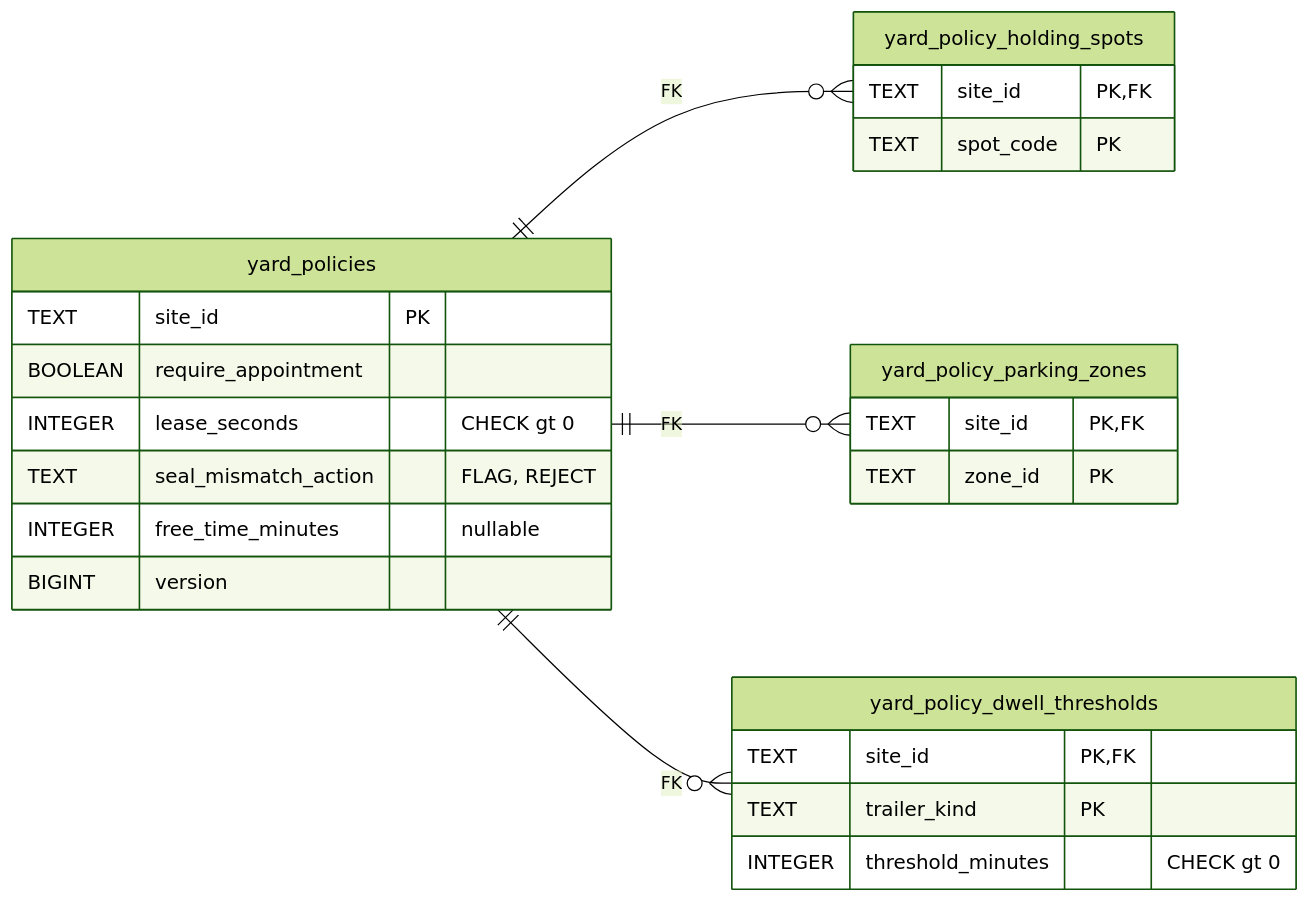
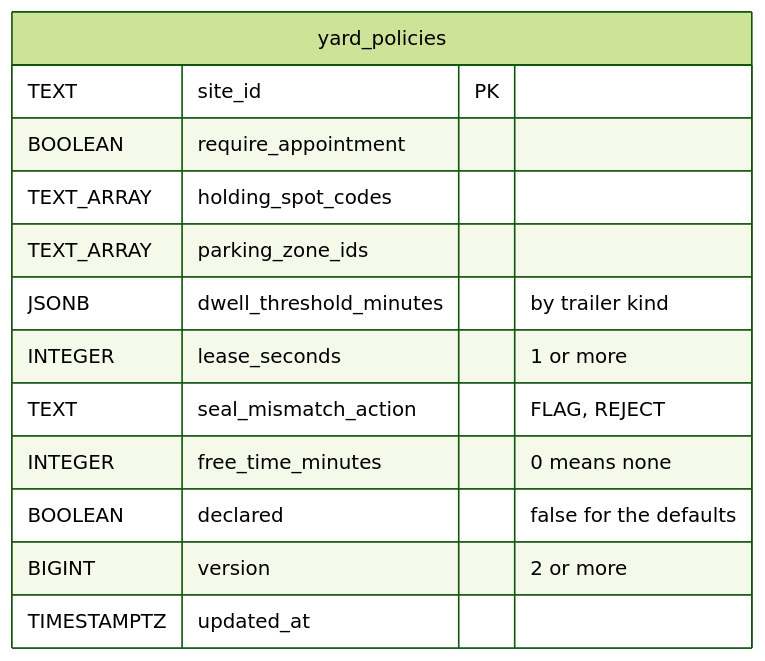
One commit to IQVO/warehouse-docs changed the fifth of 8 diagrams in yard/docs/contexts/yard-management/entity-relationship.md. Above: the diagram before and after it, drawn with Mermaid (forest theme). The commit also changed other lines of this file and 51 other files, not shown here.

````diff
--- a/yard/docs/contexts/yard-management/entity-relationship.md
+++ b/yard/docs/contexts/yard-management/entity-relationship.md
@@ -141,28 +136,17 @@
 ```mermaid
 erDiagram
     direction LR
-    yard_policies ||--o{ yard_policy_holding_spots : "FK"
-    yard_policies ||--o{ yard_policy_parking_zones : "FK"
-    yard_policies ||--o{ yard_policy_dwell_thresholds : "FK"
     yard_policies {
         TEXT site_id PK
         BOOLEAN require_appointment
-        INTEGER lease_seconds "CHECK gt 0"
+        TEXT_ARRAY holding_spot_codes
+        TEXT_ARRAY parking_zone_ids
+        JSONB dwell_threshold_minutes "by trailer kind"
+        INTEGER lease_seconds "1 or more"
         TEXT seal_mismatch_action "FLAG, REJECT"
-        INTEGER free_time_minutes "nullable"
-        BIGINT version
-    }
-    yard_policy_holding_spots {
-        TEXT site_id PK,FK
-        TEXT spot_code PK
-    }
-    yard_policy_parking_zones {
-        TEXT site_id PK,FK
-        TEXT zone_id PK
-    }
-    yard_policy_dwell_thresholds {
-        TEXT site_id PK,FK
-        TEXT trailer_kind PK
-        INTEGER threshold_minutes "CHECK gt 0"
+        INTEGER free_time_minutes "0 means none"
+        BOOLEAN declared "false for the defaults"
+        BIGINT version "2 or more"
+        TIMESTAMPTZ updated_at
     }
 ```
````
